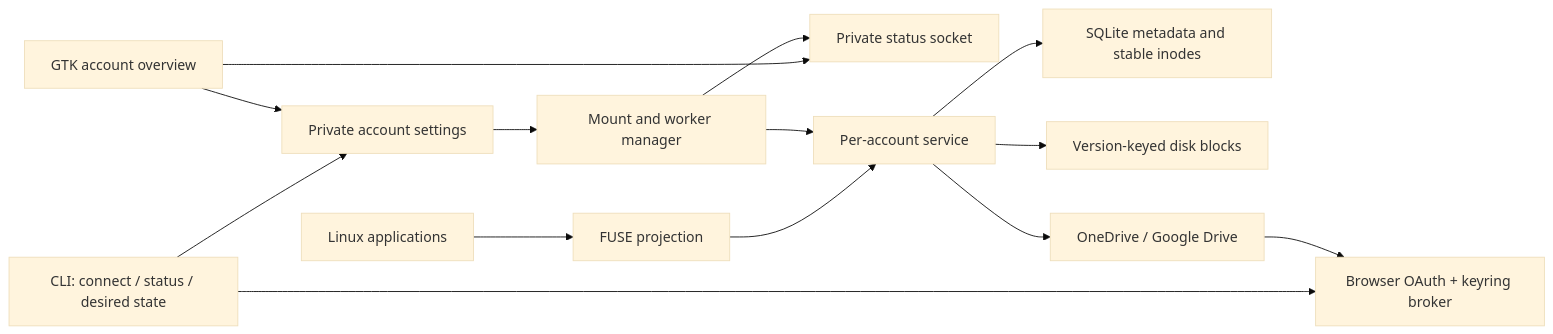
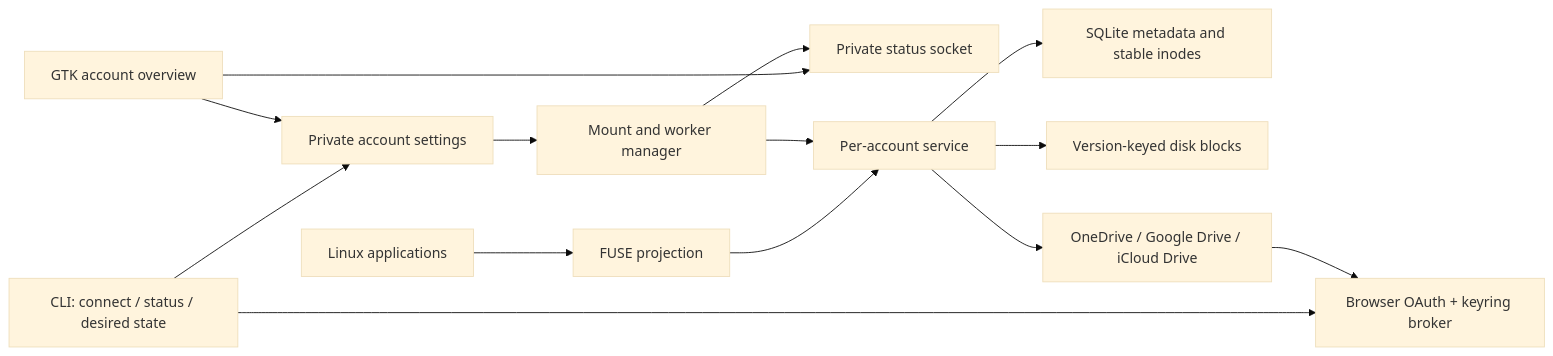
One commit to Dandiccf/cirrove changed the diagram in docs/architecture.md. Above: the diagram before and after it, drawn with Mermaid (base theme). The commit also changed 29 other files, not shown here.

````diff
--- a/docs/architecture.md
+++ b/docs/architecture.md
@@ -23,16 +23,16 @@
 ```mermaid
 flowchart LR
     CLI[CLI: connect / status / desired state] --> Settings[Private account settings]
     CLI --> Auth[Browser OAuth + keyring broker]
     Desktop[GTK account overview] --> Settings
     Desktop --> Status[Private status socket]
     Manager --> Status
     Apps[Linux applications] --> FUSE[FUSE projection]
     FUSE --> Engine[Per-account service]
     Engine --> Store[SQLite metadata and stable inodes]
     Engine --> Cache[Version-keyed disk blocks]
-    Engine --> Provider[OneDrive / Google Drive]
+    Engine --> Provider[OneDrive / Google Drive / iCloud Drive]
     Provider --> Auth
     Settings --> Manager[Mount and worker manager]
     Manager --> Engine
 ```
````
